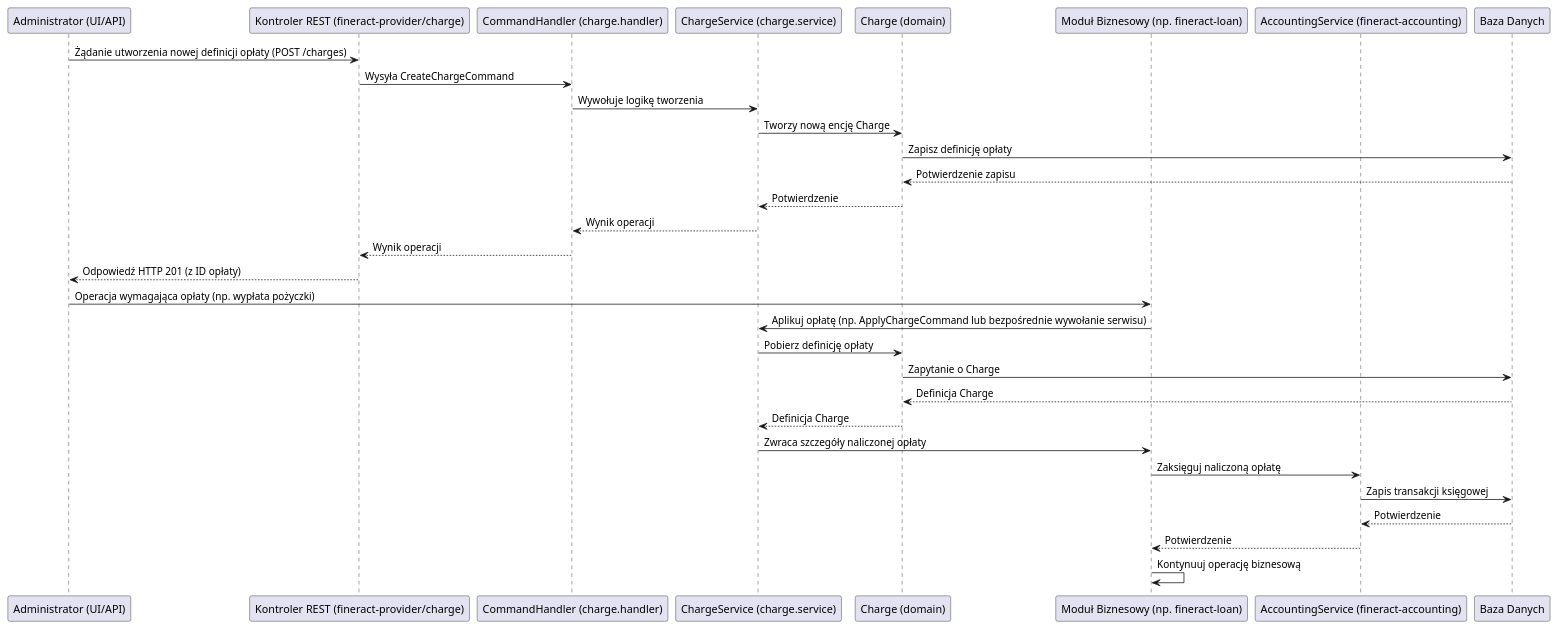
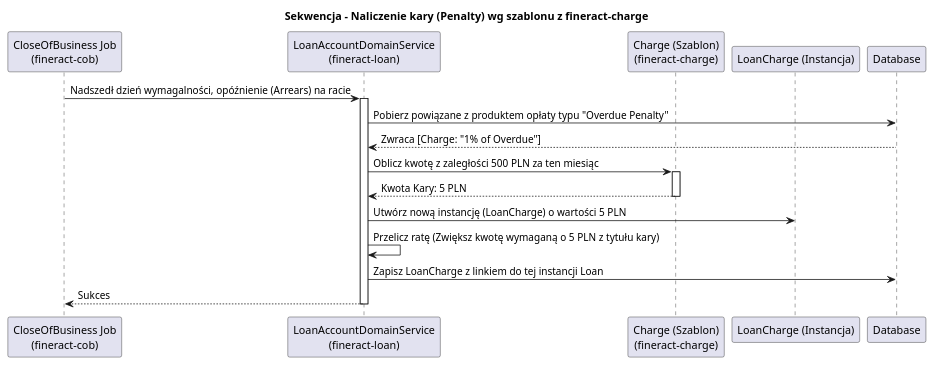
One commit to mrkwjck/fineract changed the second of 2 diagrams in docs/fineract-charge.md. Above: the diagram before and after it, drawn with PlantUML. The commit also changed other lines of this file and 36 other files, not shown here.

````diff
--- a/docs/fineract-charge.md
+++ b/docs/fineract-charge.md
@@ -25,36 +48,28 @@
 ```plantuml
 @startuml
-participant "Administrator (UI/API)" as Admin
-participant "Kontroler REST (fineract-provider/charge)" as ChargeController
-participant "CommandHandler (charge.handler)" as ChargeCommandHandler
-participant "ChargeService (charge.service)" as ChargeService
-participant "Charge (domain)" as ChargeEntity
-participant "Moduł Biznesowy (np. fineract-loan)" as BusinessModule
-participant "AccountingService (fineract-accounting)" as AccountingService
-participant "Baza Danych" as Database
+title Sekwencja - Naliczenie kary (Penalty) wg szablonu z fineract-charge
 
-Admin -> ChargeController: Żądanie utworzenia nowej definicji opłaty (POST /charges)
-ChargeController -> ChargeCommandHandler: Wysyła CreateChargeCommand
-ChargeCommandHandler -> ChargeService: Wywołuje logikę tworzenia
-ChargeService -> ChargeEntity: Tworzy nową encję Charge
-ChargeEntity -> Database: Zapisz definicję opłaty
-Database --> ChargeEntity: Potwierdzenie zapisu
-ChargeEntity --> ChargeService: Potwierdzenie
-ChargeService --> ChargeCommandHandler: Wynik operacji
-ChargeCommandHandler --> ChargeController: Wynik operacji
-ChargeController --> Admin: Odpowiedź HTTP 201 (z ID opłaty)
+participant "CloseOfBusiness Job\n(fineract-cob)" as cob
+participant "LoanAccountDomainService\n(fineract-loan)" as loan_svc
+participant "Charge (Szablon)\n(fineract-charge)" as charge_def
+participant "LoanCharge (Instancja)" as loan_charge
+participant "Database" as db
 
-Admin -> BusinessModule: Operacja wymagająca opłaty (np. wypłata pożyczki)
-BusinessModule -> ChargeService: Aplikuj opłatę (np. ApplyChargeCommand lub bezpośrednie wywołanie serwisu)
-ChargeService -> ChargeEntity: Pobierz definicję opłaty
-ChargeEntity -> Database: Zapytanie o Charge
-Database --> ChargeEntity: Definicja Charge
-ChargeEntity --> ChargeService: Definicja Charge
-ChargeService -> BusinessModule: Zwraca szczegóły naliczonej opłaty
-BusinessModule -> AccountingService: Zaksięguj naliczoną opłatę
-AccountingService -> Database: Zapis transakcji księgowej
-Database --> AccountingService: Potwierdzenie
-AccountingService --> BusinessModule: Potwierdzenie
-BusinessModule -> BusinessModule: Kontynuuj operację biznesową
+cob -> loan_svc: Nadszedł dzień wymagalności, opóźnienie (Arrears) na racie
+activate loan_svc
+loan_svc -> db: Pobierz powiązane z produktem opłaty typu "Overdue Penalty"
+db --> loan_svc: Zwraca [Charge: "1% of Overdue"]
+
+loan_svc -> charge_def: Oblicz kwotę z zaległości 500 PLN za ten miesiąc
+activate charge_def
+charge_def --> loan_svc: Kwota Kary: 5 PLN
+deactivate charge_def
+
+loan_svc -> loan_charge: Utwórz nową instancję (LoanCharge) o wartości 5 PLN
+loan_svc -> loan_svc: Przelicz ratę (Zwiększ kwotę wymaganą o 5 PLN z tytułu kary)
+
+loan_svc -> db: Zapisz LoanCharge z linkiem do tej instancji Loan
+loan_svc --> cob: Sukces
+deactivate loan_svc
 @enduml
 ```
````
